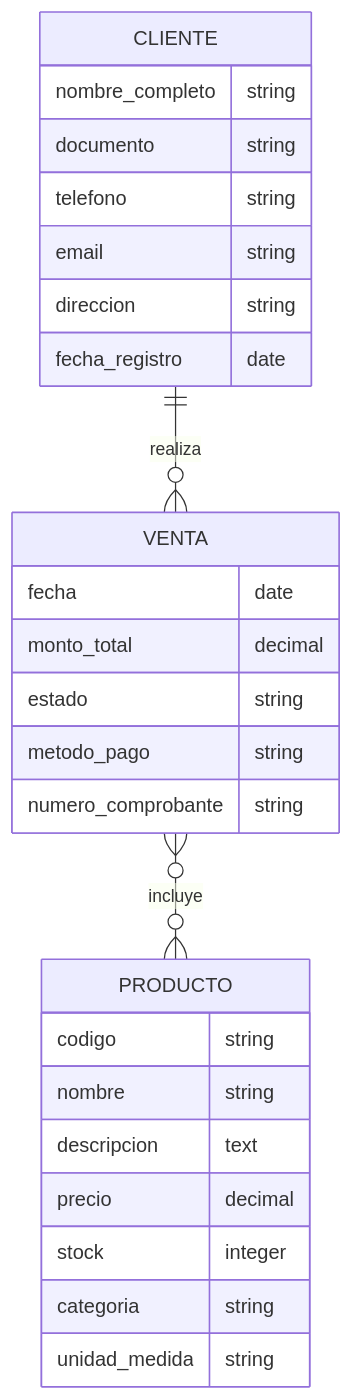
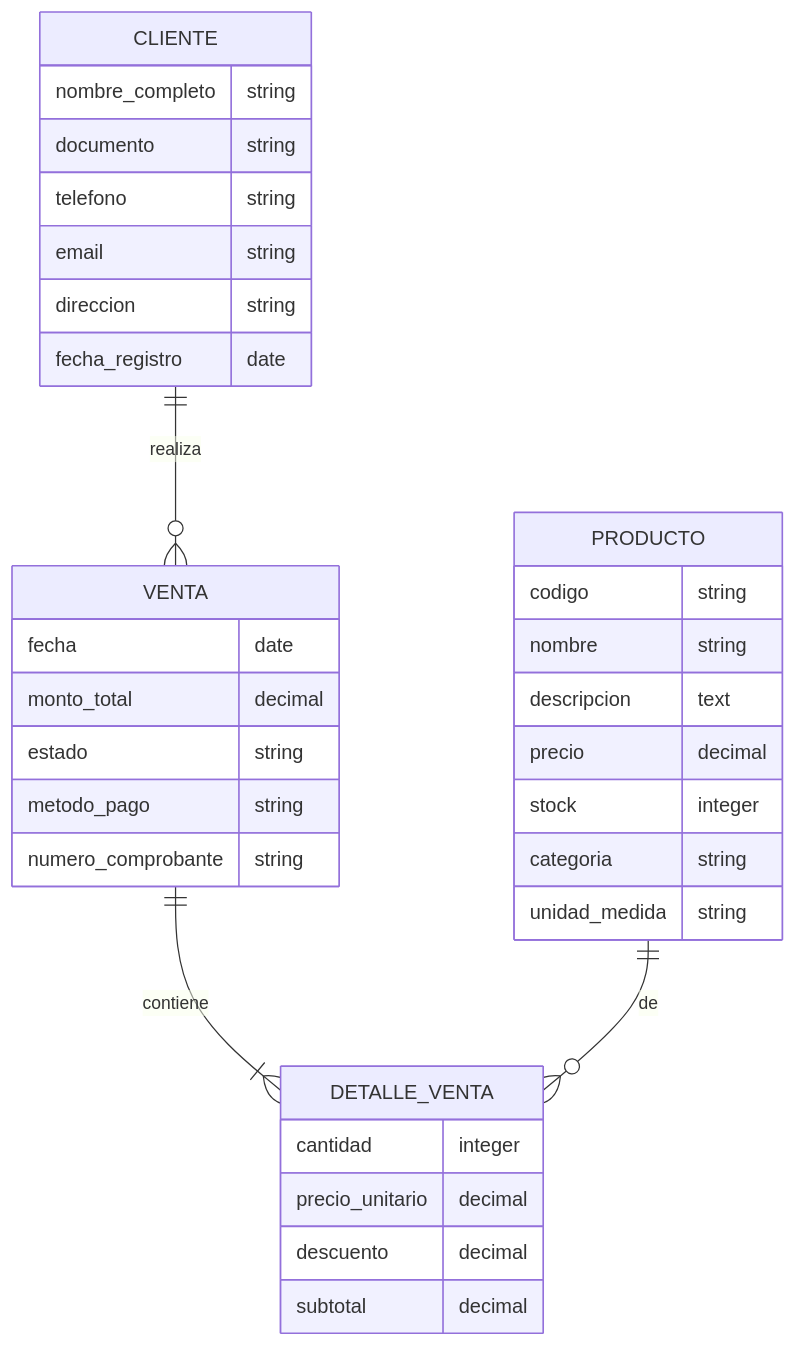
Before and after one commit to CEPE1724/my-app: the second of 3 diagrams in modelo-conceptual-tienda.md, drawn with Mermaid. The commit also changed other lines of this file, not shown here.

````diff
--- a/modelo-conceptual-tienda.md
+++ b/modelo-conceptual-tienda.md
@@ -108,32 +144,40 @@
 ```mermaid
 erDiagram
     CLIENTE ||--o{ VENTA : "realiza"
-    VENTA }o--o{ PRODUCTO : "incluye"
+    VENTA ||--|{ DETALLE_VENTA : "contiene"
+    PRODUCTO ||--o{ DETALLE_VENTA : "de"
     
     CLIENTE {
         nombre_completo string
         documento string
         telefono string
         email string
         direccion string
         fecha_registro date
     }
     
     VENTA {
         fecha date
         monto_total decimal
         estado string
         metodo_pago string
         numero_comprobante string
     }
     
+    DETALLE_VENTA {
+        cantidad integer
+        precio_unitario decimal
+        descuento decimal
+        subtotal decimal
+    }
+    
     PRODUCTO {
         codigo string
         nombre string
         descripcion text
         precio decimal
         stock integer
         categoria string
         unidad_medida string
     }
 ```
````
